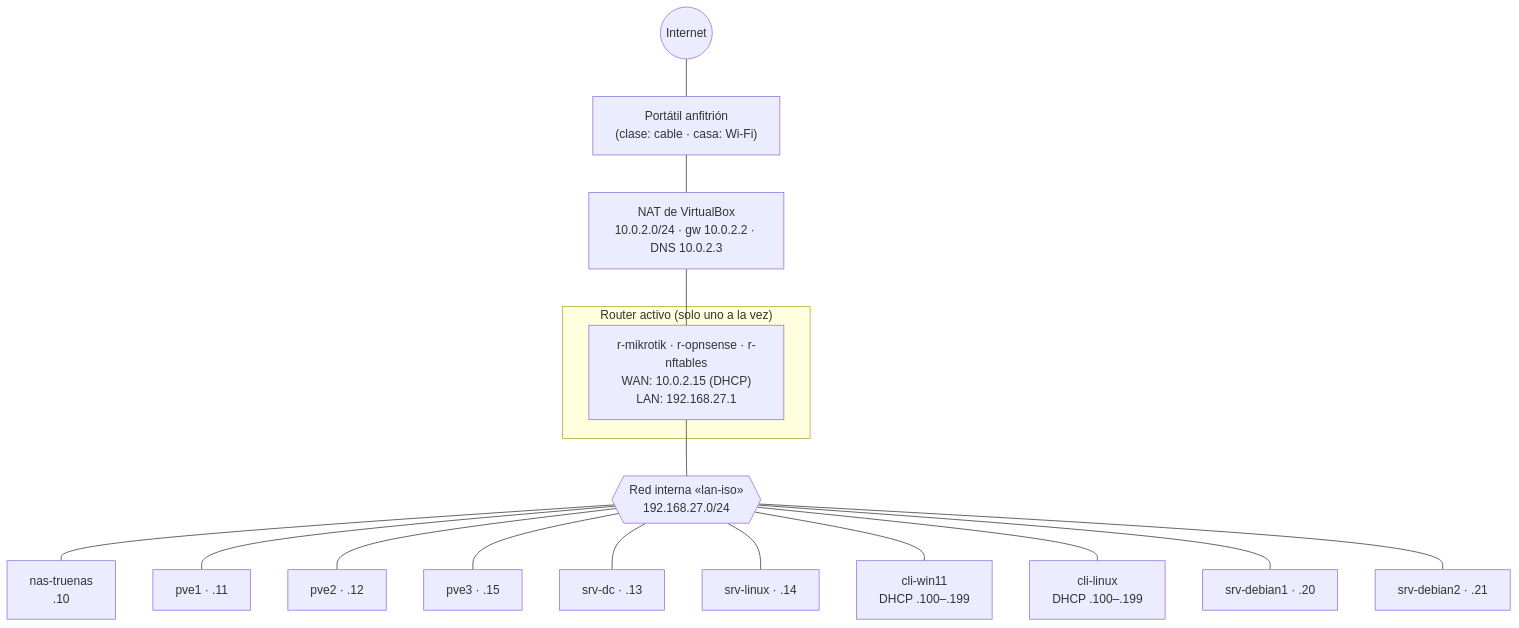
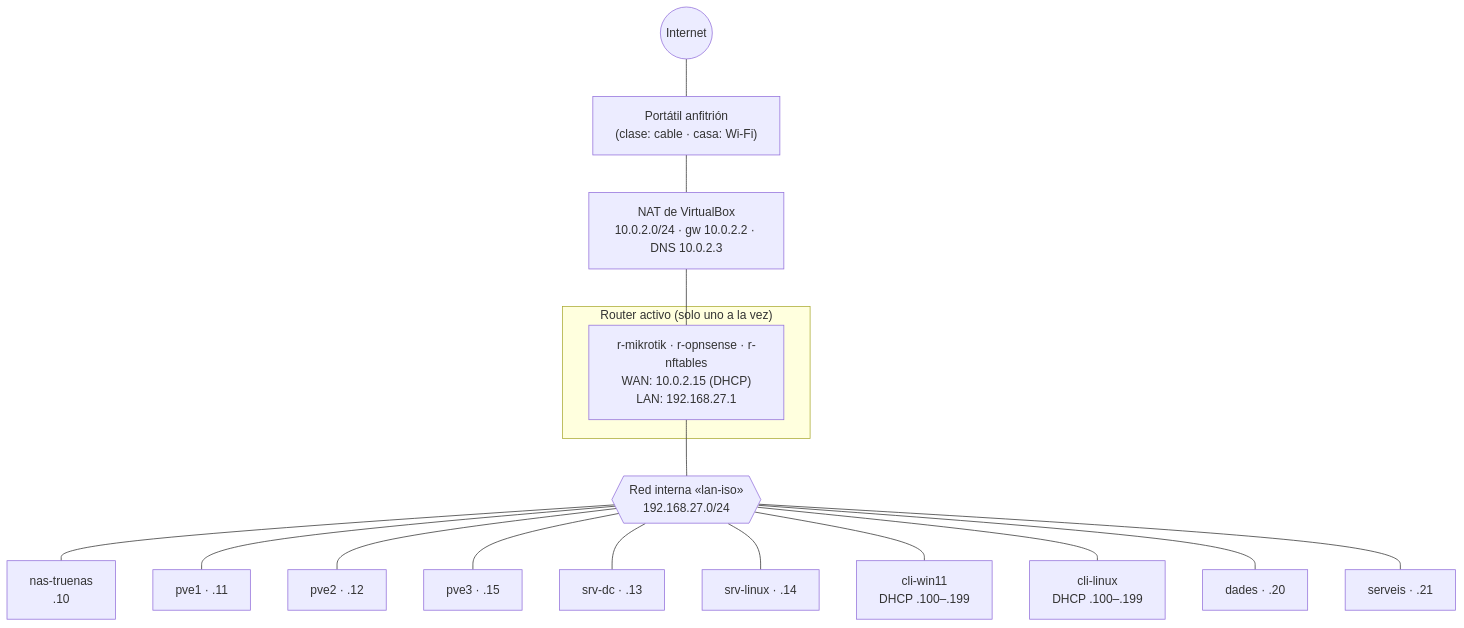
Before and after one commit to varo010/asix-individual-ISO: the diagram in docs/04-red.md, drawn with Mermaid. The commit also changed other lines of this file and 4 other files, not shown here.

Commit message:
T5: las dos Debian independientes pasan a llamarse dades y serveis

````diff
--- a/docs/04-red.md
+++ b/docs/04-red.md
@@ -16,26 +16,26 @@
 ```mermaid
 flowchart TB
     INET((Internet))
     HOST["Portátil anfitrión<br/>(clase: cable · casa: Wi-Fi)"]
     NAT["NAT de VirtualBox<br/>10.0.2.0/24 · gw 10.0.2.2 · DNS 10.0.2.3"]
     INET --- HOST --- NAT
 
     subgraph ROUTER["Router activo (solo uno a la vez)"]
         R["r-mikrotik · r-opnsense · r-nftables<br/>WAN: 10.0.2.15 (DHCP)<br/>LAN: 192.168.27.1"]
     end
     NAT --- R
 
     LAN{{"Red interna «lan-iso»<br/>192.168.27.0/24"}}
     R --- LAN
 
     LAN --- NAS["nas-truenas<br/>.10"]
     LAN --- P1["pve1 · .11"]
     LAN --- P2["pve2 · .12"]
     LAN --- P3["pve3 · .15"]
     LAN --- DC["srv-dc · .13"]
     LAN --- SL["srv-linux · .14"]
     LAN --- W["cli-win11<br/>DHCP .100–.199"]
     LAN --- U["cli-linux<br/>DHCP .100–.199"]
-    LAN --- D1["srv-debian1 · .20"]
-    LAN --- D2["srv-debian2 · .21"]
+    LAN --- D1["dades · .20"]
+    LAN --- D2["serveis · .21"]
 ```
````
